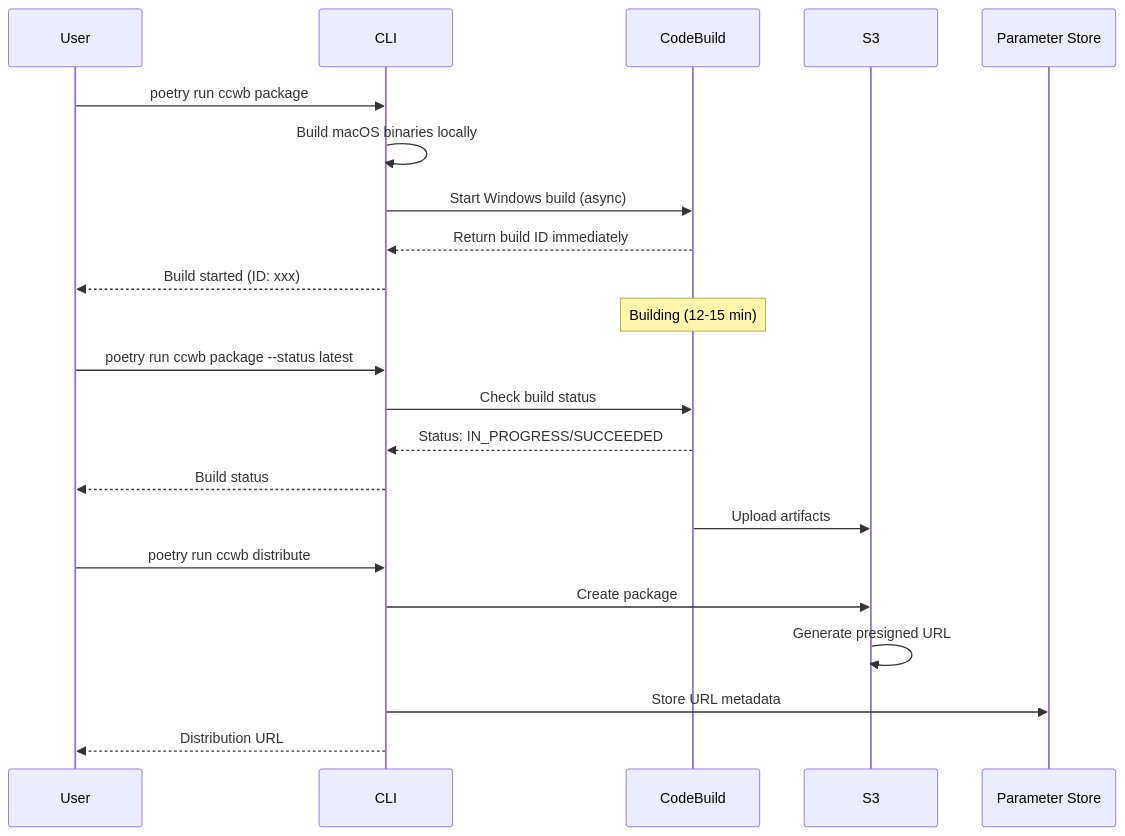
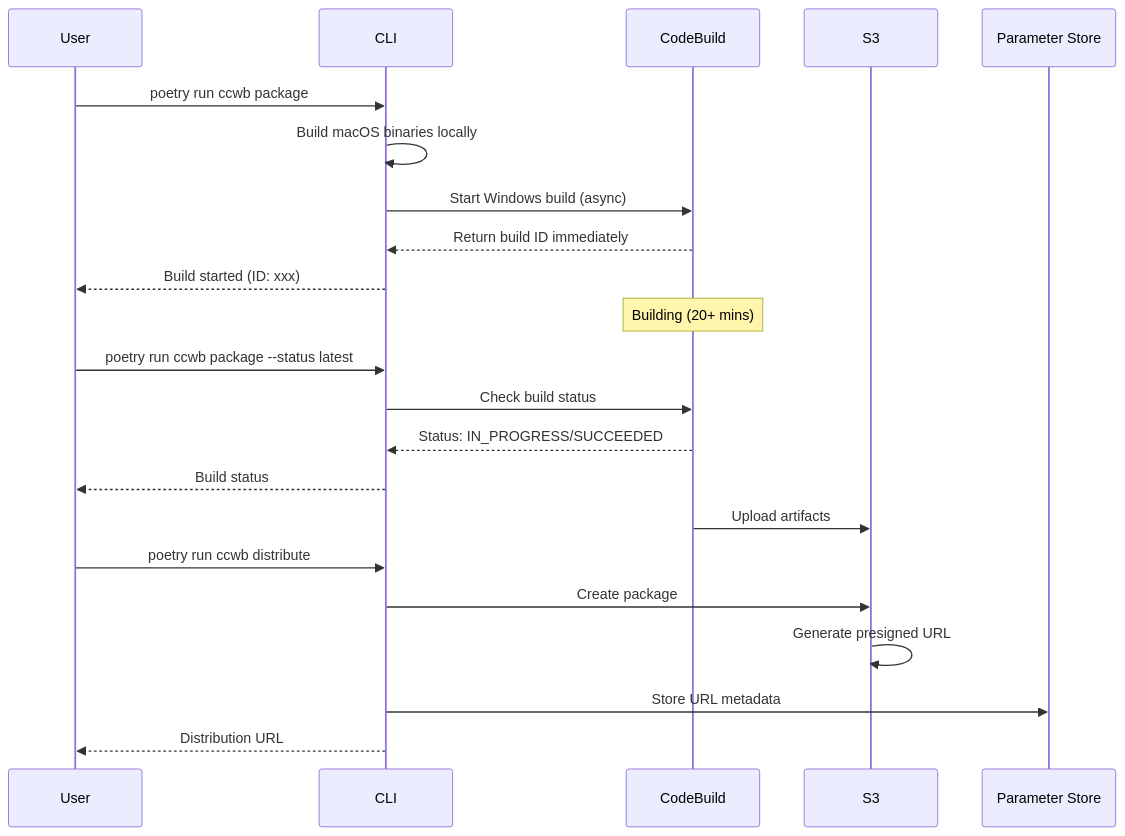
One commit to aws-solutions-library-samples/guidance-for-claude-code-with-amazon-bedrock changed the second of 3 diagrams in assets/docs/WINDOWS_BUILD_SYSTEM.md. Above: the diagram before and after it, drawn with Mermaid. The commit also changed other lines of this file and 13 other files, not shown here.

````diff
--- a/assets/docs/WINDOWS_BUILD_SYSTEM.md
+++ b/assets/docs/WINDOWS_BUILD_SYSTEM.md
@@ -63,29 +65,29 @@
 ```mermaid
 sequenceDiagram
     participant User
     participant CLI
     participant CodeBuild
     participant S3
     participant PS as Parameter Store
-    
+
     User->>CLI: poetry run ccwb package
     CLI->>CLI: Build macOS binaries locally
     CLI->>CodeBuild: Start Windows build (async)
     CodeBuild-->>CLI: Return build ID immediately
     CLI-->>User: Build started (ID: xxx)
-    
-    Note over CodeBuild: Building (12-15 min)
-    
+
+    Note over CodeBuild: Building (20+ mins)
+
     User->>CLI: poetry run ccwb package --status latest
     CLI->>CodeBuild: Check build status
     CodeBuild-->>CLI: Status: IN_PROGRESS/SUCCEEDED
     CLI-->>User: Build status
-    
+
     CodeBuild->>S3: Upload artifacts
-    
+
     User->>CLI: poetry run ccwb distribute
     CLI->>S3: Create package
     S3->>S3: Generate presigned URL
     CLI->>PS: Store URL metadata
     CLI-->>User: Distribution URL
 ```
````
